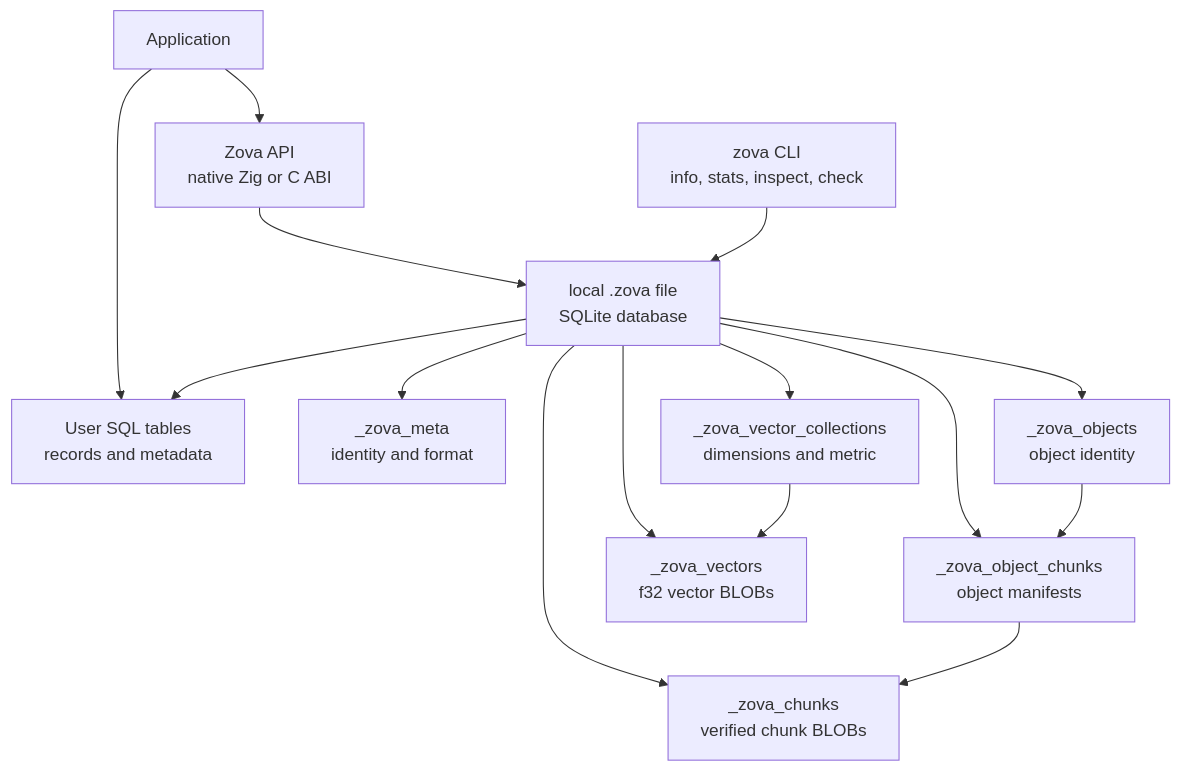
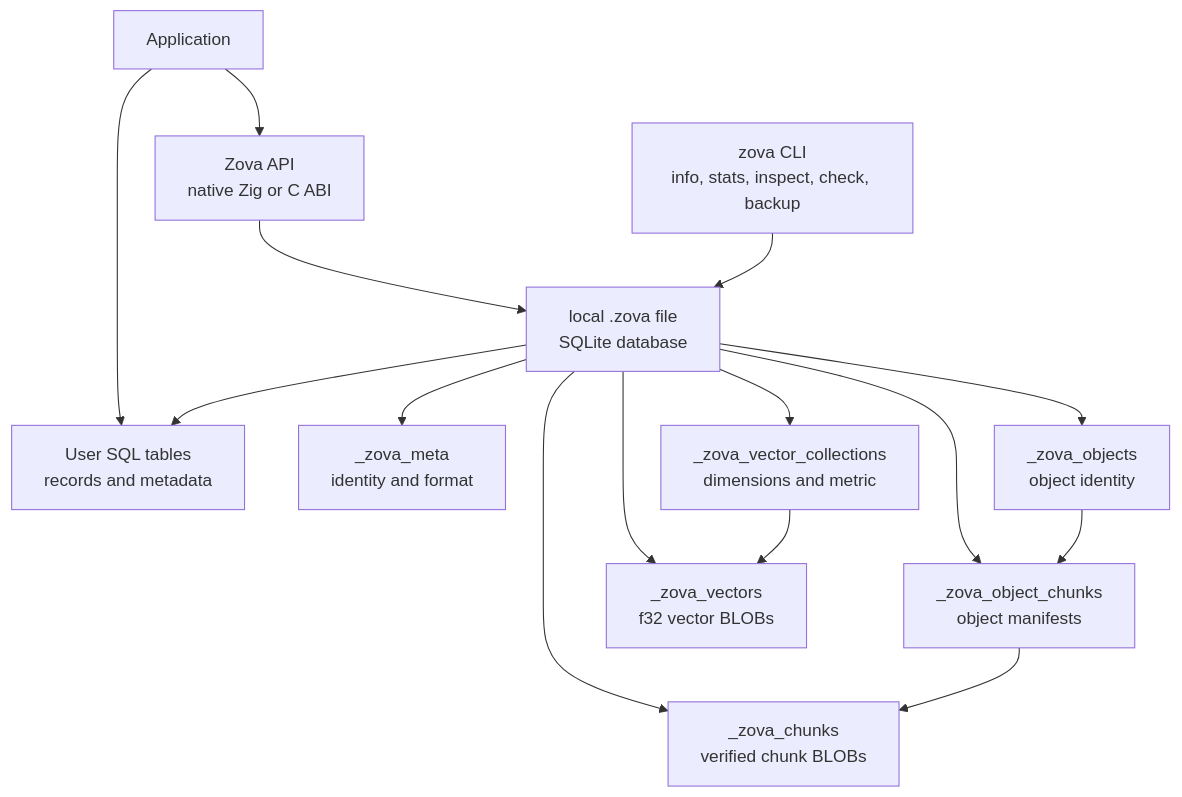
The diagram in README.md (ata-sesli/zova), drawn with Mermaid before and after one commit. The commit also changed other lines of this file and 9 other files, not shown here.

First line of the commit message:
feat(cli): add backup, compact, and restore commands

````diff
--- a/README.md
+++ b/README.md
@@ -56,29 +57,29 @@
 ```mermaid
 flowchart TD
     App["Application"]
     SQL["User SQL tables<br/>records and metadata"]
     ZovaAPI["Zova API<br/>native Zig or C ABI"]
-    CLI["zova CLI<br/>info, stats, inspect, check"]
+    CLI["zova CLI<br/>info, stats, inspect, check, backup"]
     DB["local .zova file<br/>SQLite database"]
     Meta["_zova_meta<br/>identity and format"]
     Objects["_zova_objects<br/>object identity"]
     Chunks["_zova_chunks<br/>verified chunk BLOBs"]
     Manifest["_zova_object_chunks<br/>object manifests"]
     VecCols["_zova_vector_collections<br/>dimensions and metric"]
     Vecs["_zova_vectors<br/>f32 vector BLOBs"]
 
     App --> SQL
     App --> ZovaAPI
     ZovaAPI --> DB
     CLI --> DB
     DB --> SQL
     DB --> Meta
     DB --> Objects
     DB --> Chunks
     DB --> Manifest
     DB --> VecCols
     DB --> Vecs
     Objects --> Manifest
     Manifest --> Chunks
     VecCols --> Vecs
 ```
````
